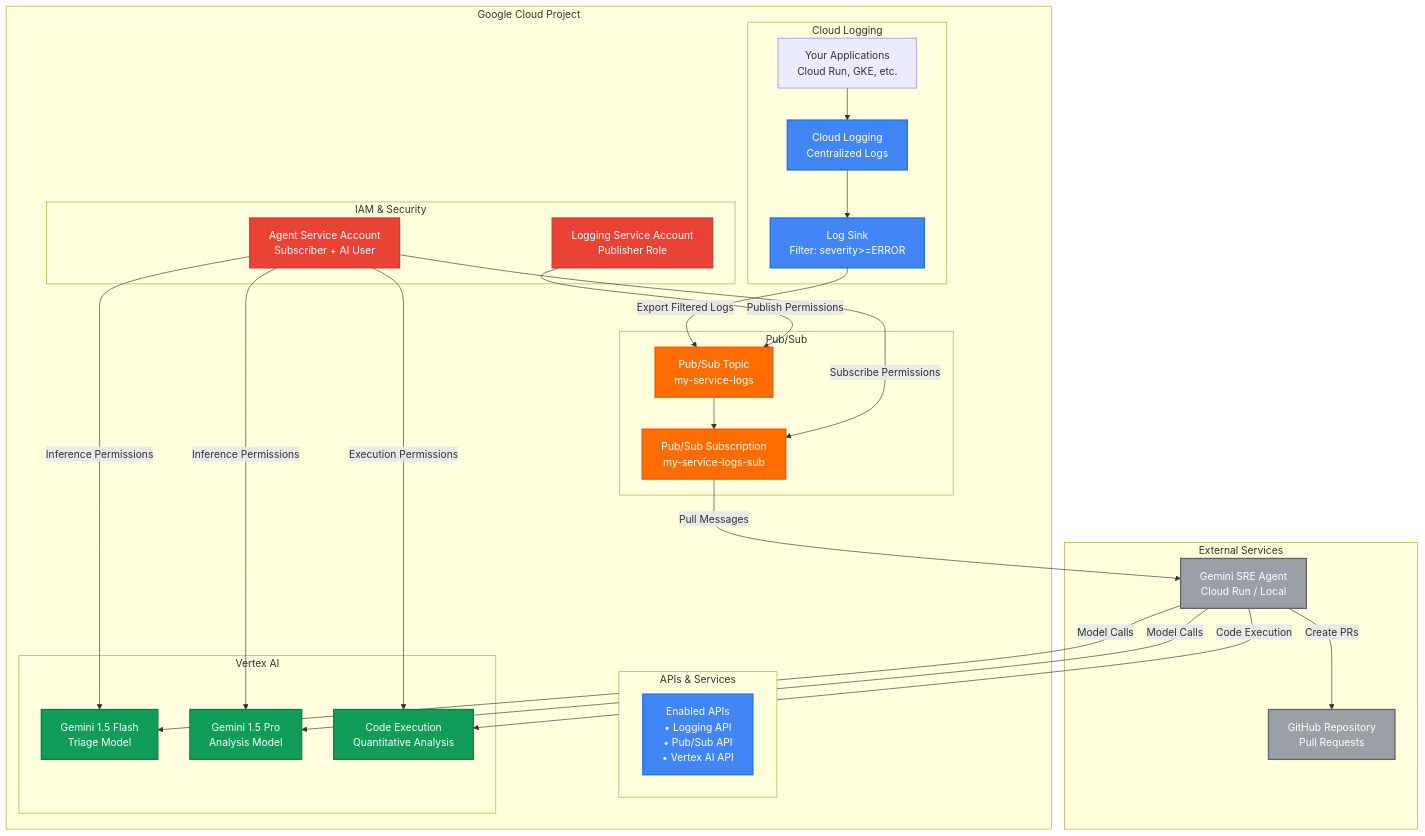
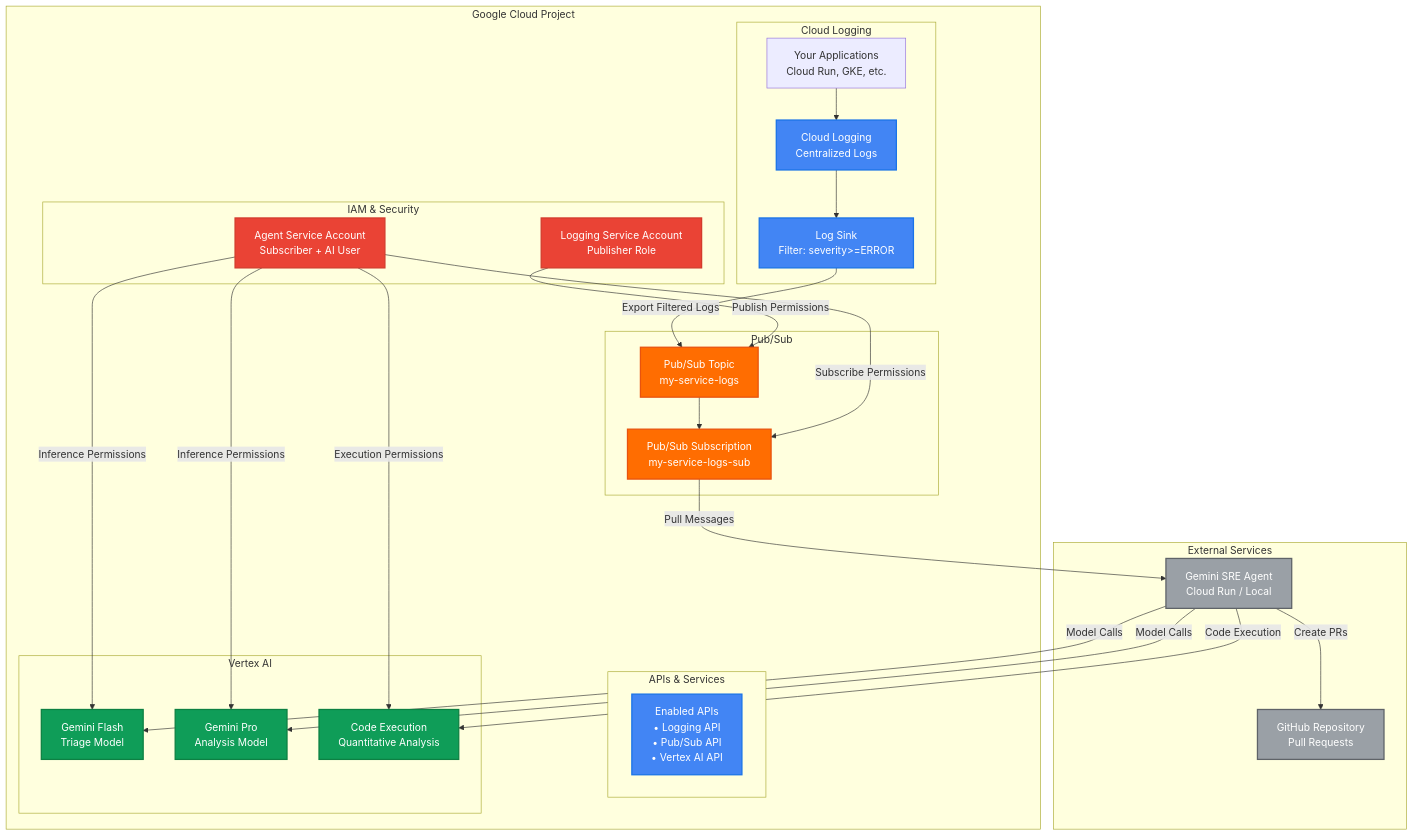
One commit to khael-kun-cmd/gemini-sre-agent changed the diagram in docs/GCP_SETUP.md. Above: the diagram before and after it, drawn with Mermaid. The commit also changed 3 other files, not shown here.

````diff
--- a/docs/GCP_SETUP.md
+++ b/docs/GCP_SETUP.md
@@ -9,64 +9,64 @@
 ```mermaid
 graph TB
     subgraph "Google Cloud Project"
         subgraph "APIs & Services"
             APIS[Enabled APIs<br/>• Logging API<br/>• Pub/Sub API<br/>• Vertex AI API]
         end
         
         subgraph "Cloud Logging"
             APPS[Your Applications<br/>Cloud Run, GKE, etc.]
             LOGS[Cloud Logging<br/>Centralized Logs]
             SINK[Log Sink<br/>Filter: severity>=ERROR]
         end
         
         subgraph "Pub/Sub"
             TOPIC[Pub/Sub Topic<br/>my-service-logs]
             SUB[Pub/Sub Subscription<br/>my-service-logs-sub]
         end
         
         subgraph "Vertex AI"
-            FLASH[Gemini 1.5 Flash<br/>Triage Model]
-            PRO[Gemini 1.5 Pro<br/>Analysis Model]
+            FLASH[Gemini Flash<br/>Triage Model]
+            PRO[Gemini Pro<br/>Analysis Model]
             EXEC[Code Execution<br/>Quantitative Analysis]
         end
         
         subgraph "IAM & Security"
             SA_LOGGING[Logging Service Account<br/>Publisher Role]
             SA_AGENT[Agent Service Account<br/>Subscriber + AI User]
         end
     end
     
     subgraph "External Services"
         AGENT[Gemini SRE Agent<br/>Cloud Run / Local]
         GITHUB[GitHub Repository<br/>Pull Requests]
     end
     
     APPS --> LOGS
     LOGS --> SINK
     SINK --> |Export Filtered Logs| TOPIC
     TOPIC --> SUB
     
     SA_LOGGING --> |Publish Permissions| TOPIC
     SA_AGENT --> |Subscribe Permissions| SUB
     SA_AGENT --> |Inference Permissions| FLASH
     SA_AGENT --> |Inference Permissions| PRO
     SA_AGENT --> |Execution Permissions| EXEC
     
     SUB --> |Pull Messages| AGENT
     AGENT --> |Model Calls| FLASH
     AGENT --> |Model Calls| PRO
     AGENT --> |Code Execution| EXEC
     AGENT --> |Create PRs| GITHUB
     
     classDef gcp fill:#4285f4,stroke:#1a73e8,stroke-width:2px,color:white
     classDef pubsub fill:#ff6d01,stroke:#e8530e,stroke-width:2px,color:white
     classDef ai fill:#0f9d58,stroke:#0d8043,stroke-width:2px,color:white
     classDef security fill:#ea4335,stroke:#d33b2c,stroke-width:2px,color:white
     classDef external fill:#9aa0a6,stroke:#5f6368,stroke-width:2px,color:white
     
     class APIS,LOGS,SINK gcp
     class TOPIC,SUB pubsub
     class FLASH,PRO,EXEC ai
     class SA_LOGGING,SA_AGENT security
     class AGENT,GITHUB external
 ```
````
